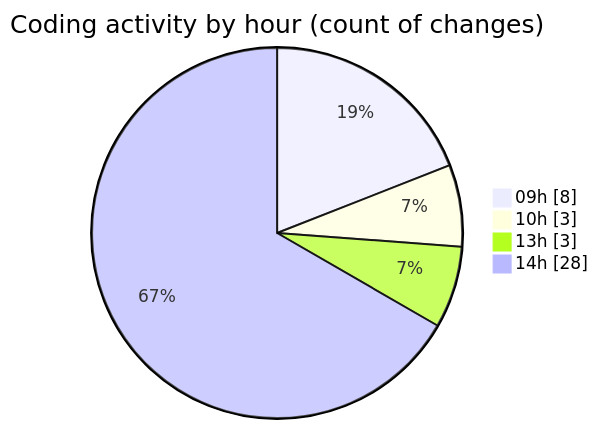
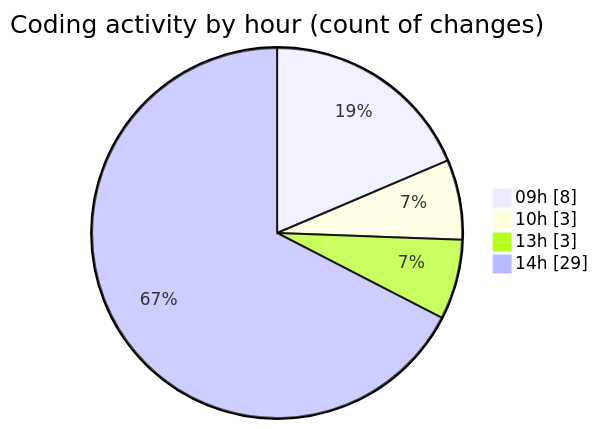
Before and after one commit to momahboobian/code-tracking: the second of 2 diagrams in 2026-04-09/cda/README.md, drawn with Mermaid. The commit also changed other lines of this file and 1 other file, not shown here.

````diff
--- a/2026-04-09/cda/README.md
+++ b/2026-04-09/cda/README.md
@@ -42,8 +43,8 @@
 ```mermaid
 pie showData
 title Coding activity by hour (count of changes)
 "09h" : 8
 "10h" : 3
 "13h" : 3
-"14h" : 28
+"14h" : 29
 ```
````
